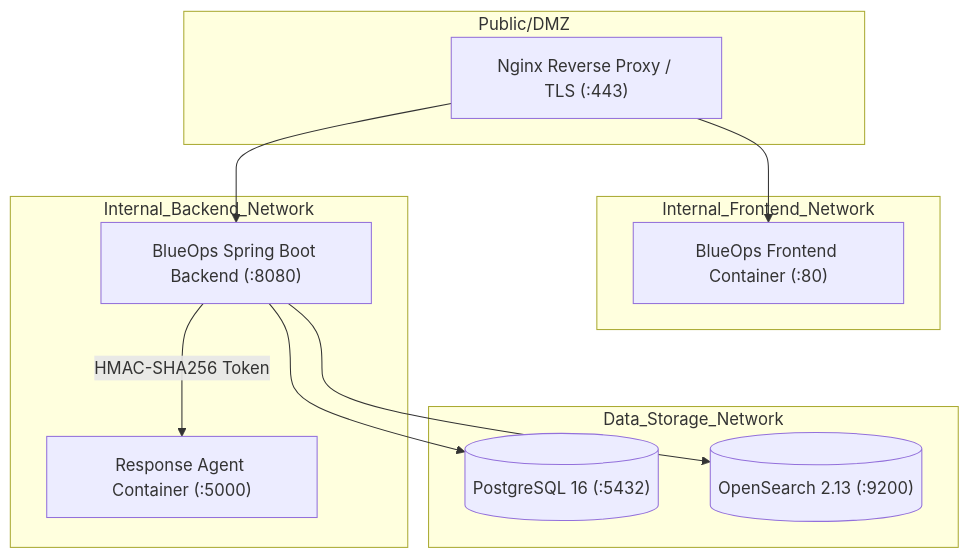
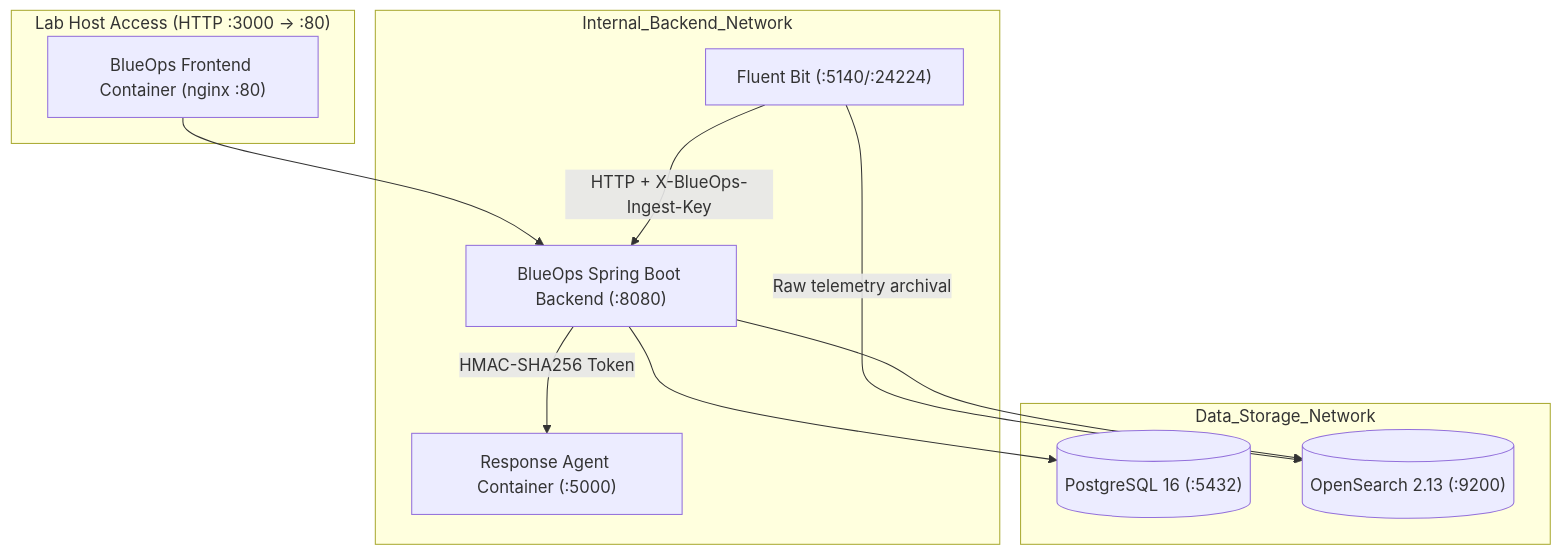
One commit to hsk-27/blueops-defense-cloud changed the diagram in BLUEOPS_DEPLOYMENT_GUIDE.md. Above: the diagram before and after it, drawn with Mermaid. The commit also changed other lines of this file and 70 other files, not shown here.

````diff
--- a/BLUEOPS_DEPLOYMENT_GUIDE.md
+++ b/BLUEOPS_DEPLOYMENT_GUIDE.md
@@ -38,26 +38,24 @@
 ```mermaid
 flowchart TD
-    subgraph Public/DMZ
-        LB["Nginx Reverse Proxy / TLS (:443)"]
-    end
-
-    subgraph Internal_Frontend_Network
-        UI["BlueOps Frontend Container (:80)"]
+    subgraph Lab_Host_Access["Lab Host Access (HTTP :3000 -> :80)"]
+        UI["BlueOps Frontend Container (nginx :80)"]
     end
 
     subgraph Internal_Backend_Network
+        FB["Fluent Bit (:5140/:24224)"]
         BE["BlueOps Spring Boot Backend (:8080)"]
         RA["Response Agent Container (:5000)"]
     end
 
     subgraph Data_Storage_Network
         PG[("PostgreSQL 16 (:5432)")]
         OS[("OpenSearch 2.13 (:9200)")]
     end
 
-    LB --> UI
-    LB --> BE
+    UI --> BE
+    FB -->|"HTTP + X-BlueOps-Ingest-Key"| BE
+    FB -->|"Raw telemetry archival"| OS
     BE --> PG
     BE --> OS
     BE -->|HMAC-SHA256 Token| RA
 ```
````
